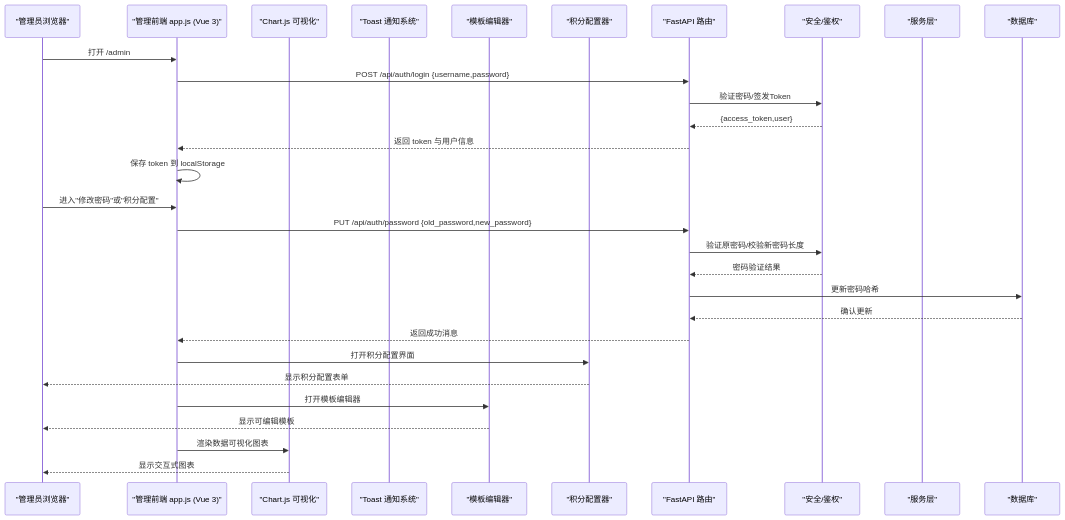
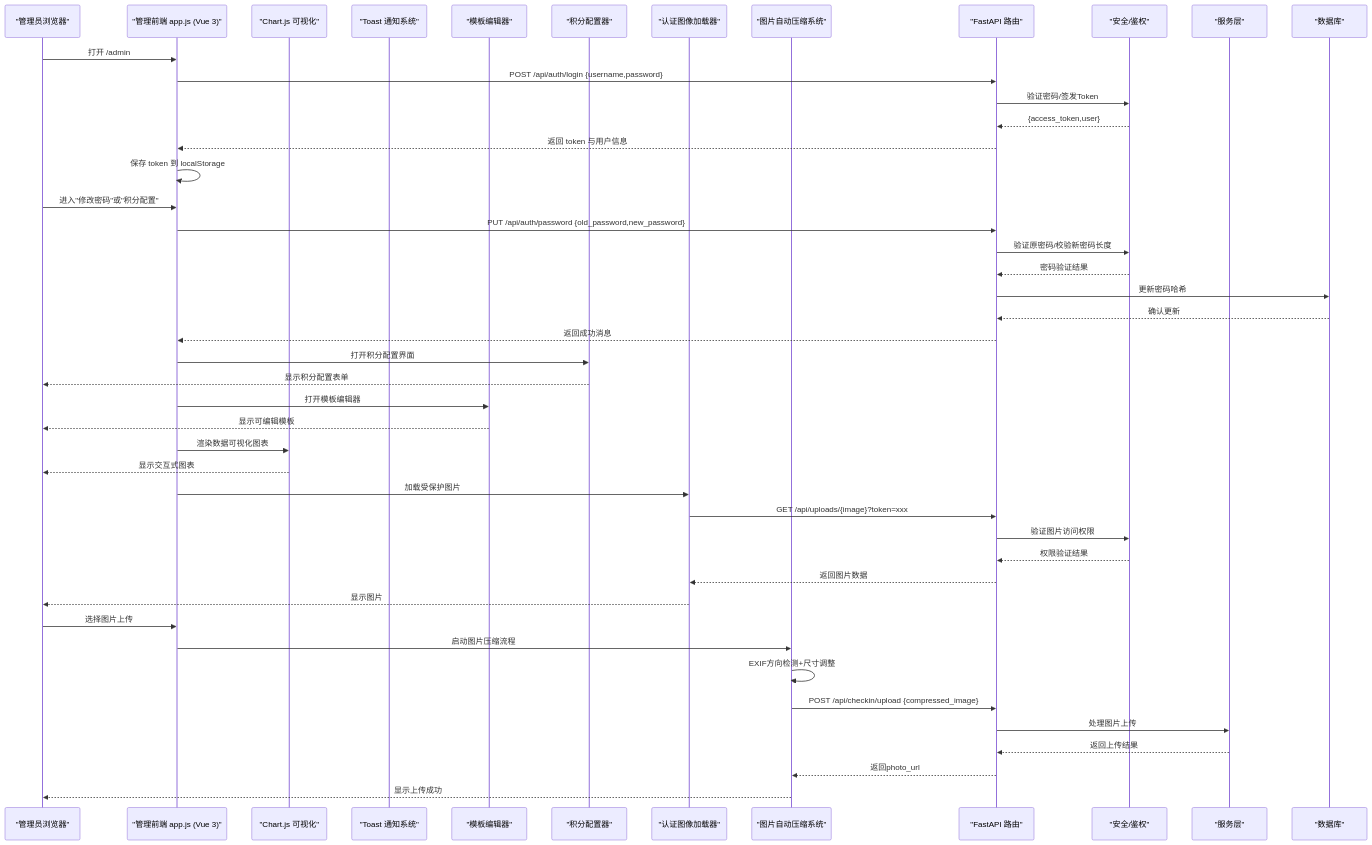
The second of 15 diagrams in .qoder/repowiki/zh/content/暑假作业打卡系统/前端应用设计/管理后台应用.md (onebody/homework), drawn with Mermaid before and after one commit. The commit also changed other lines of this file and 35 other files, not shown here.

````diff
--- a/.qoder/repowiki/zh/content/暑假作业打卡系统/前端应用设计/管理后台应用.md
+++ b/.qoder/repowiki/zh/content/暑假作业打卡系统/前端应用设计/管理后台应用.md
@@ -122,32 +131,48 @@
 ```mermaid
 sequenceDiagram
 participant Admin as "管理员浏览器"
 participant FE as "管理前端 app.js (Vue 3)"
 participant Chart as "Chart.js 可视化"
 participant Toast as "Toast 通知系统"
 participant Template as "模板编辑器"
 participant PointsConfig as "积分配置器"
+participant AuthImg as "认证图像加载器"
+participant ImgCompress as "图片自动压缩系统"
 participant API as "FastAPI 路由"
 participant Auth as "安全/鉴权"
 participant Svc as "服务层"
 participant DB as "数据库"
 Admin->>FE : 打开 /admin
 FE->>API : POST /api/auth/login {username,password}
 API->>Auth : 验证密码/签发Token
 Auth-->>API : {access_token,user}
 API-->>FE : 返回 token 与用户信息
 FE->>FE : 保存 token 到 localStorage
 Admin->>FE : 进入"修改密码"或"积分配置"
 FE->>API : PUT /api/auth/password {old_password,new_password}
 API->>Auth : 验证原密码/校验新密码长度
 Auth-->>API : 密码验证结果
 API->>DB : 更新密码哈希
 DB-->>API : 确认更新
 API-->>FE : 返回成功消息
 FE->>PointsConfig : 打开积分配置界面
 PointsConfig-->>Admin : 显示积分配置表单
 FE->>Template : 打开模板编辑器
 Template-->>Admin : 显示可编辑模板
 FE->>Chart : 渲染数据可视化图表
 Chart-->>Admin : 显示交互式图表
+FE->>AuthImg : 加载受保护图片
+AuthImg->>API : GET /api/uploads/{image}?token=xxx
+API->>Auth : 验证图片访问权限
+Auth-->>API : 权限验证结果
+API-->>AuthImg : 返回图片数据
+AuthImg-->>Admin : 显示图片
+Admin->>FE : 选择图片上传
+FE->>ImgCompress : 启动图片压缩流程
+ImgCompress->>ImgCompress : EXIF方向检测+尺寸调整
+ImgCompress->>API : POST /api/checkin/upload {compressed_image}
+API->>Svc : 处理图片上传
+Svc-->>API : 返回上传结果
+API-->>ImgCompress : 返回photo_url
+ImgCompress-->>Admin : 显示上传成功
 ```
````
